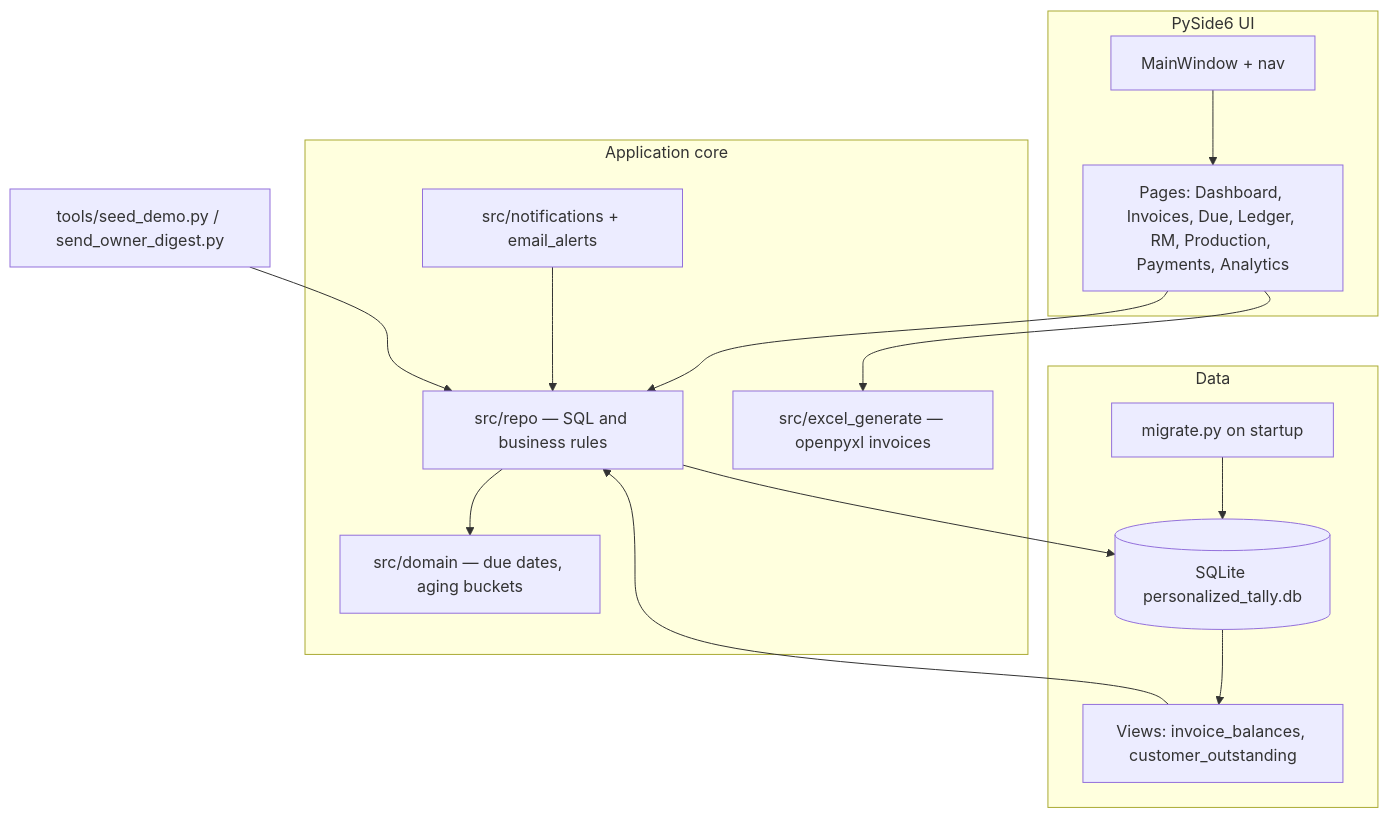
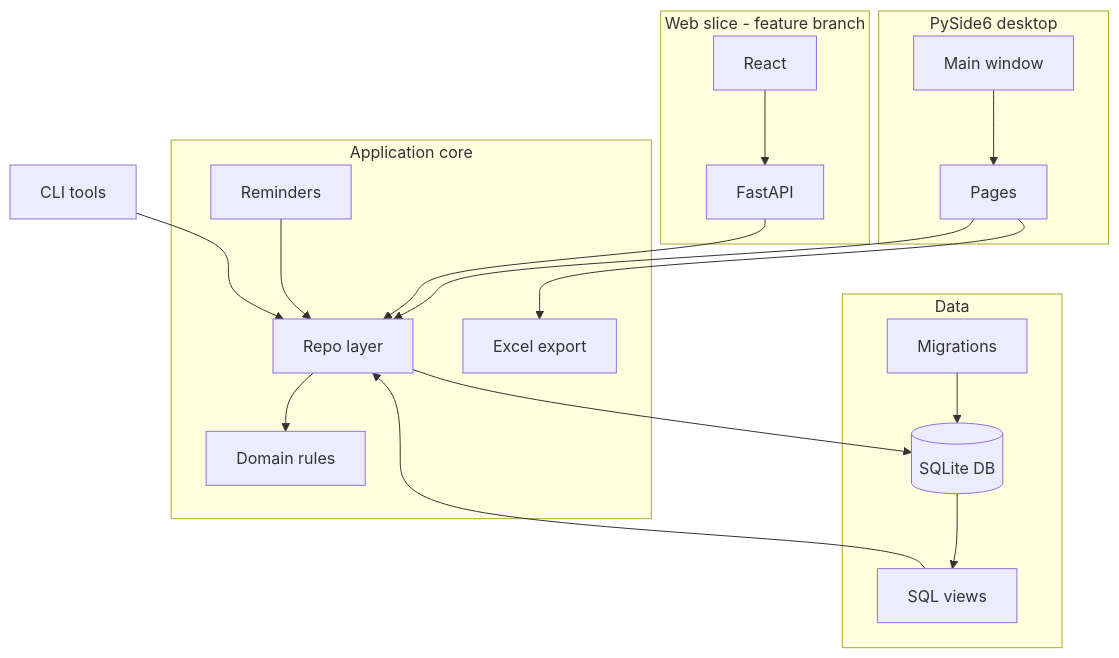
The diagram in README.md (salonic06/PersonalizedTally), drawn with Mermaid before and after one commit. The commit also changed other lines of this file and 17 other files, not shown here.

First line of the commit message:
Add read-only FastAPI + React web dashboard on feature branch.

````diff
--- a/README.md
+++ b/README.md
@@ -13,31 +13,38 @@
 ```mermaid
 flowchart TB
-  subgraph ui [PySide6 UI]
-    MW[MainWindow + nav]
-    Pages[Pages: Dashboard, Invoices, Due, Ledger, RM, Production, Payments, Analytics]
-    MW --> Pages
+  subgraph ui [PySide6 desktop]
+    MW[Main window]
+    PG[Pages]
+    MW --> PG
   end
 
   subgraph core [Application core]
-    Repo[src/repo — SQL and business rules]
-    Domain[src/domain — due dates, aging buckets]
-    Notif[src/notifications + email_alerts]
-    Excel[src/excel_generate — openpyxl invoices]
+    Repo[Repo layer]
+    Domain[Domain rules]
+    Notif[Reminders]
+    Excel[Excel export]
   end
 
   subgraph data [Data]
-    DB[(SQLite personalized_tally.db)]
-    Views[Views: invoice_balances, customer_outstanding]
-    Migrations[migrate.py on startup]
+    DB[(SQLite DB)]
+    Views[SQL views]
+    Mig[Migrations]
   end
 
-  Pages --> Repo
+  subgraph web [Web slice - feature branch]
+    API[FastAPI]
+    SPA[React]
+    SPA --> API
+  end
+
+  PG --> Repo
+  API --> Repo
   Repo --> Domain
   Repo --> DB
-  Migrations --> DB
+  Mig --> DB
   DB --> Views
   Views --> Repo
-  Pages --> Excel
+  PG --> Excel
   Notif --> Repo
-  Tools[tools/seed_demo.py / send_owner_digest.py] --> Repo
+  Tools[CLI tools] --> Repo
 ```
````
